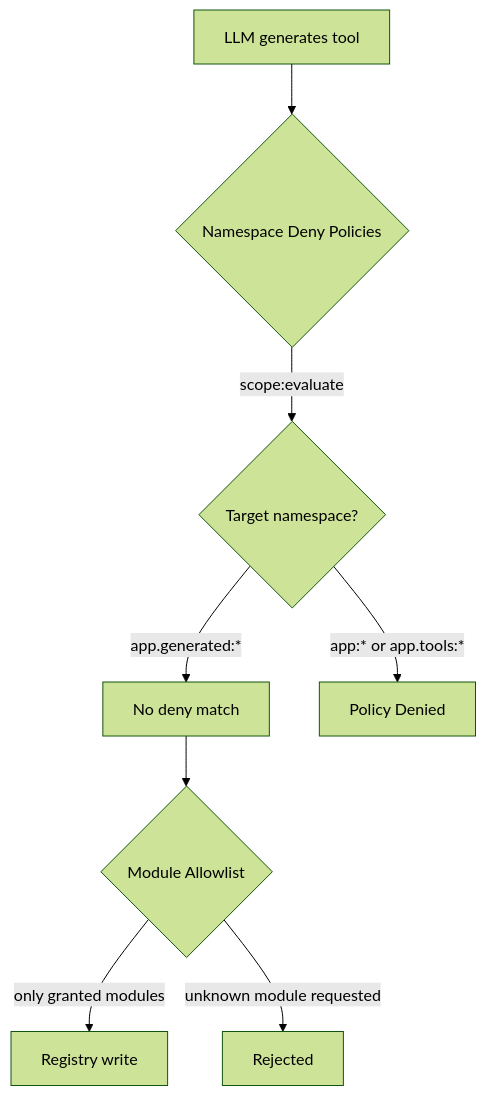
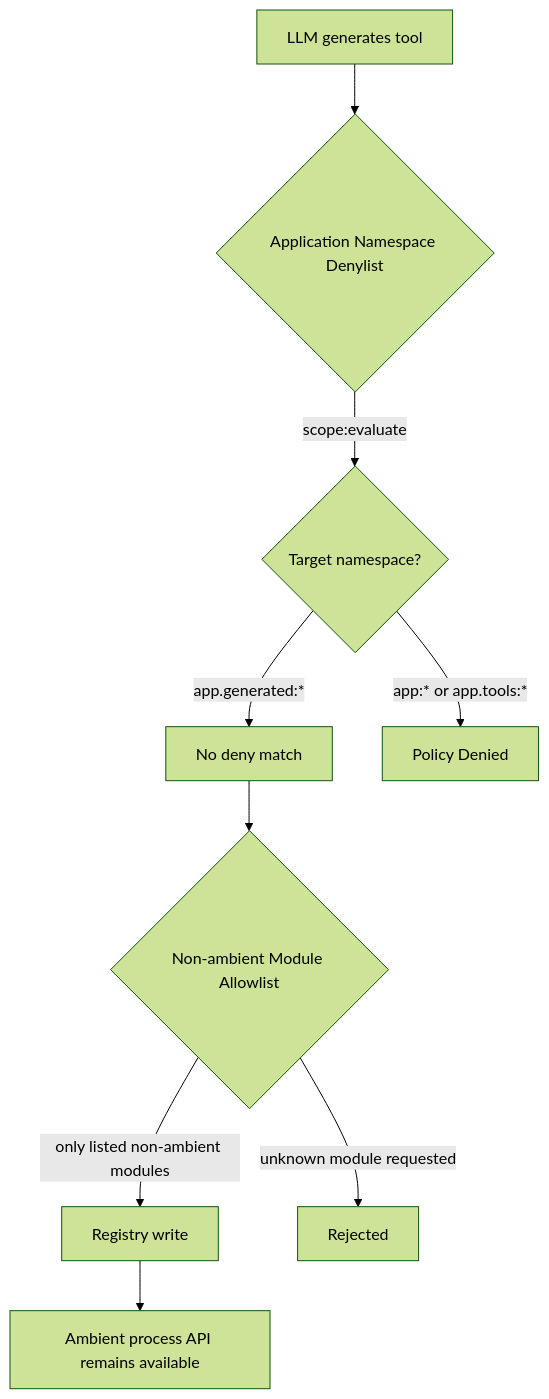
The fourth of 4 diagrams in de/tutorials/micro-agi.md (wippyai/docs), drawn with Mermaid (forest theme) before and after one commit. The commit also changed other lines of this file and 870 other files, not shown here.

````diff
--- a/de/tutorials/micro-agi.md
+++ b/de/tutorials/micro-agi.md
@@ -557,11 +603,12 @@
 ```mermaid
 flowchart TD
-    LLM[LLM generates tool] --> P{Namespace Deny Policies}
+    LLM[LLM generates tool] --> P{Application Namespace Denylist}
     P -->|scope:evaluate| Check{Target namespace?}
     Check -->|app.generated:*| OK[No deny match]
     Check -->|app:* or app.tools:*| Deny[Policy Denied]
 
-    OK --> M{Module Allowlist}
-    M -->|only granted modules| R[Registry write]
+    OK --> M{Non-ambient Module Allowlist}
+    M -->|only listed non-ambient modules| R[Registry write]
     M -->|unknown module requested| Err[Rejected]
+    R --> A[Ambient process API remains available]
 ```
````
